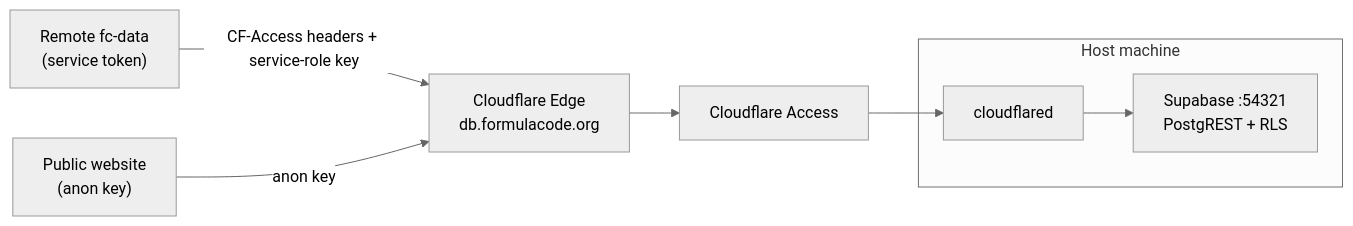
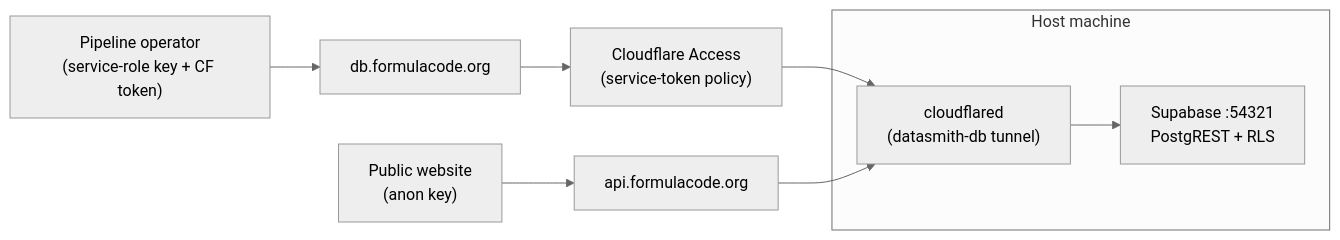
Before and after one commit to formula-code/datasmith: the diagram in docs/guide/remote-access.md, drawn with Mermaid (neutral theme). The commit also changed other lines of this file and 1 other file, not shown here.

Commit message:
Document api.formulacode.org ungated anon-read hostname

````diff
--- a/docs/guide/remote-access.md
+++ b/docs/guide/remote-access.md
@@ -14,16 +17,15 @@
 ```mermaid
 flowchart LR
-    User["Remote fc-data<br/>(service token)"]
+    User["Pipeline operator<br/>(service-role key + CF token)"]
     Web["Public website<br/>(anon key)"]
-    CFE["Cloudflare Edge<br/>db.formulacode.org"]
-    CFA["Cloudflare Access"]
+    CFE1["db.formulacode.org"]
+    CFE2["api.formulacode.org"]
+    CFA["Cloudflare Access<br/>(service-token policy)"]
     subgraph Host["Host machine"]
-        CFD["cloudflared"]
+        CFD["cloudflared<br/>(datasmith-db tunnel)"]
         SB["Supabase :54321<br/>PostgREST + RLS"]
     end
-    User -->|CF-Access headers + service-role key| CFE
-    Web -->|anon key| CFE
-    CFE --> CFA
-    CFA --> CFD
+    User --> CFE1 --> CFA --> CFD
+    Web --> CFE2 --> CFD
     CFD --> SB
 ```
````
